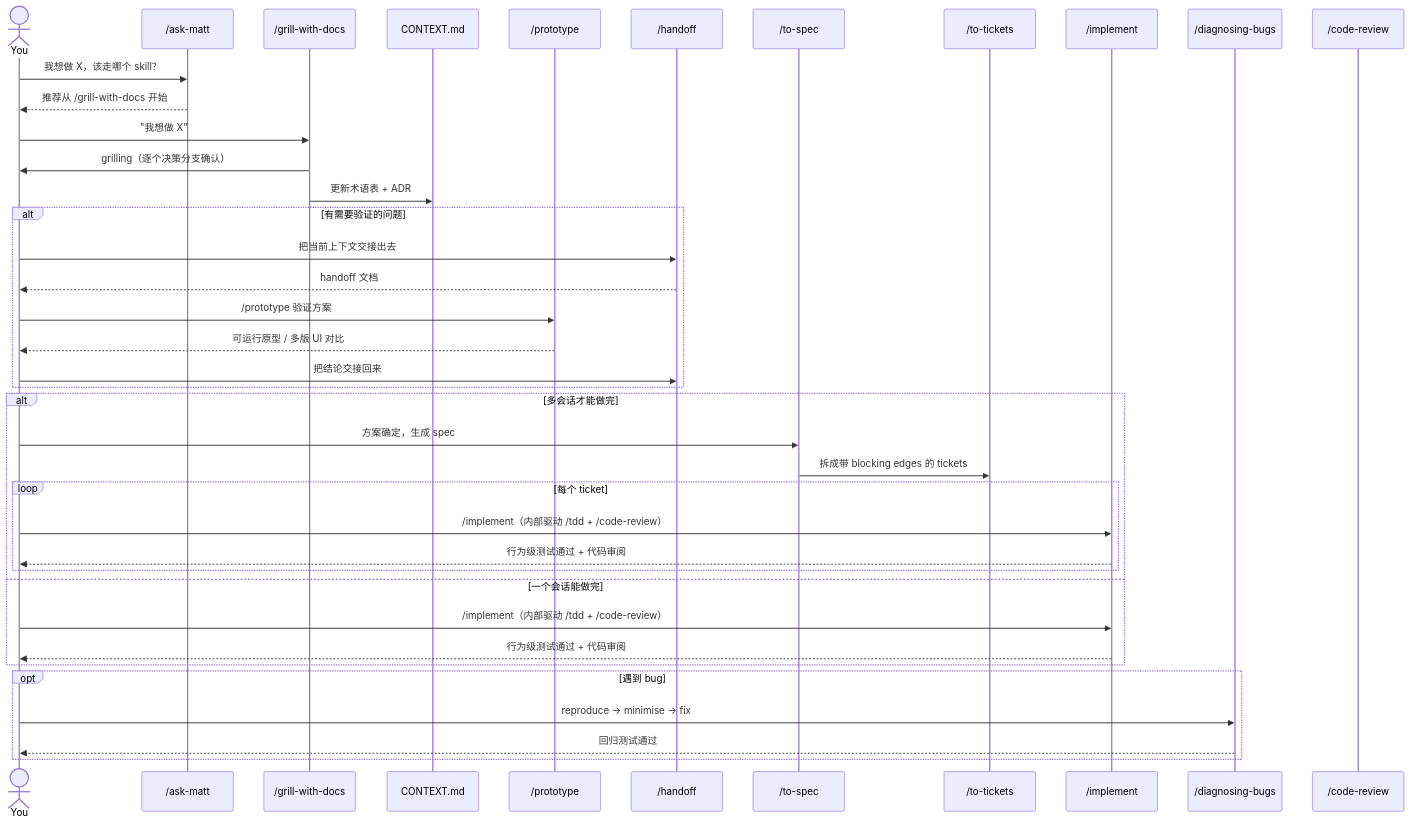
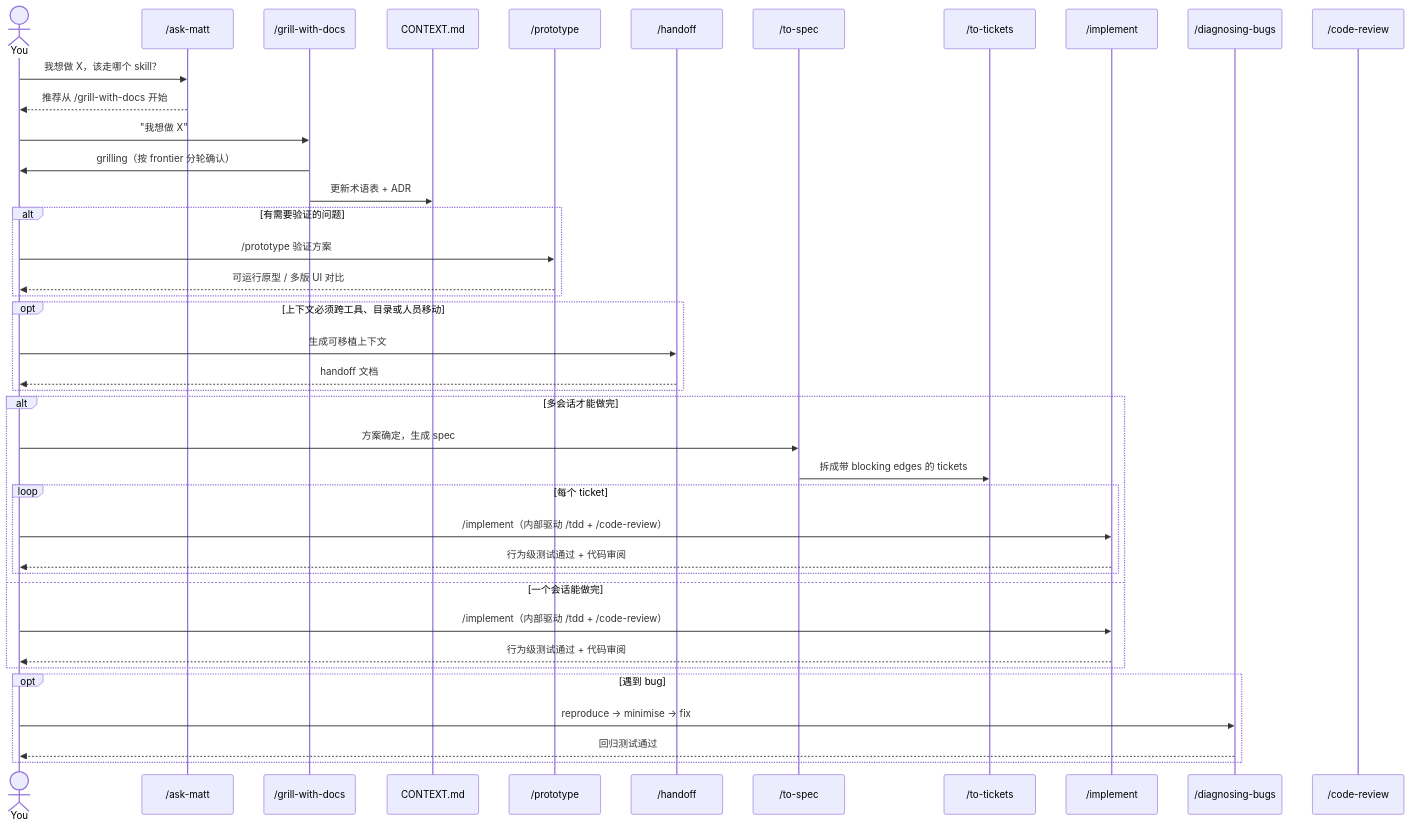
The third of 4 diagrams in src/content/docs/ai-workflow/11-mattpocock-skills-deep-dive.md (ALVIN-YANG/ylq-box), drawn with Mermaid before and after one commit. The commit also changed other lines of this file, not shown here.

````diff
--- a/src/content/docs/ai-workflow/11-mattpocock-skills-deep-dive.md
+++ b/src/content/docs/ai-workflow/11-mattpocock-skills-deep-dive.md
@@ -157,45 +191,47 @@
 ```mermaid
 sequenceDiagram
     actor U as You
     participant A as /ask-matt
     participant G as /grill-with-docs
     participant C as CONTEXT.md
     participant P as /prototype
     participant H as /handoff
     participant S as /to-spec
     participant T as /to-tickets
     participant I as /implement
     participant D as /diagnosing-bugs
     participant R as /code-review
 
     U->>A: 我想做 X，该走哪个 skill？
     A-->>U: 推荐从 /grill-with-docs 开始
     U->>G: "我想做 X"
-    G->>U: grilling（逐个决策分支确认）
+    G->>U: grilling（按 frontier 分轮确认）
     G->>C: 更新术语表 + ADR
 
     alt 有需要验证的问题
-        U->>H: 把当前上下文交接出去
-        H-->>U: handoff 文档
         U->>P: /prototype 验证方案
         P-->>U: 可运行原型 / 多版 UI 对比
-        U->>H: 把结论交接回来
+    end
+
+    opt 上下文必须跨工具、目录或人员移动
+        U->>H: 生成可移植上下文
+        H-->>U: handoff 文档
     end
 
     alt 多会话才能做完
         U->>S: 方案确定，生成 spec
         S->>T: 拆成带 blocking edges 的 tickets
         loop 每个 ticket
             U->>I: /implement（内部驱动 /tdd + /code-review）
             I-->>U: 行为级测试通过 + 代码审阅
         end
     else 一个会话能做完
         U->>I: /implement（内部驱动 /tdd + /code-review）
         I-->>U: 行为级测试通过 + 代码审阅
     end
 
     opt 遇到 bug
         U->>D: reproduce → minimise → fix
         D-->>U: 回归测试通过
     end
 ```
````
